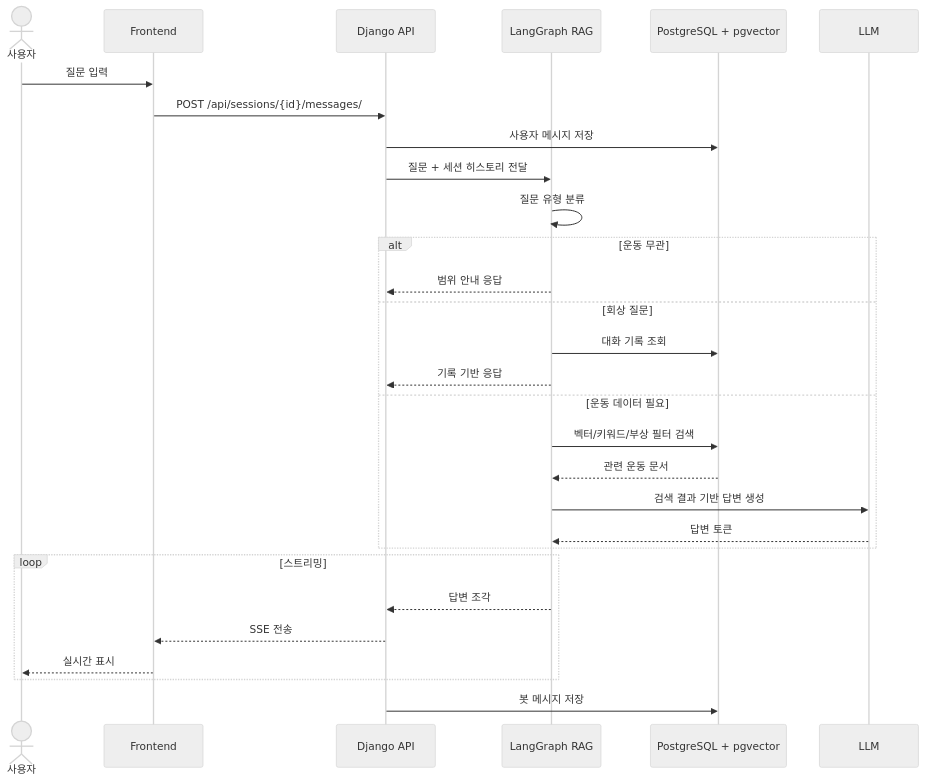
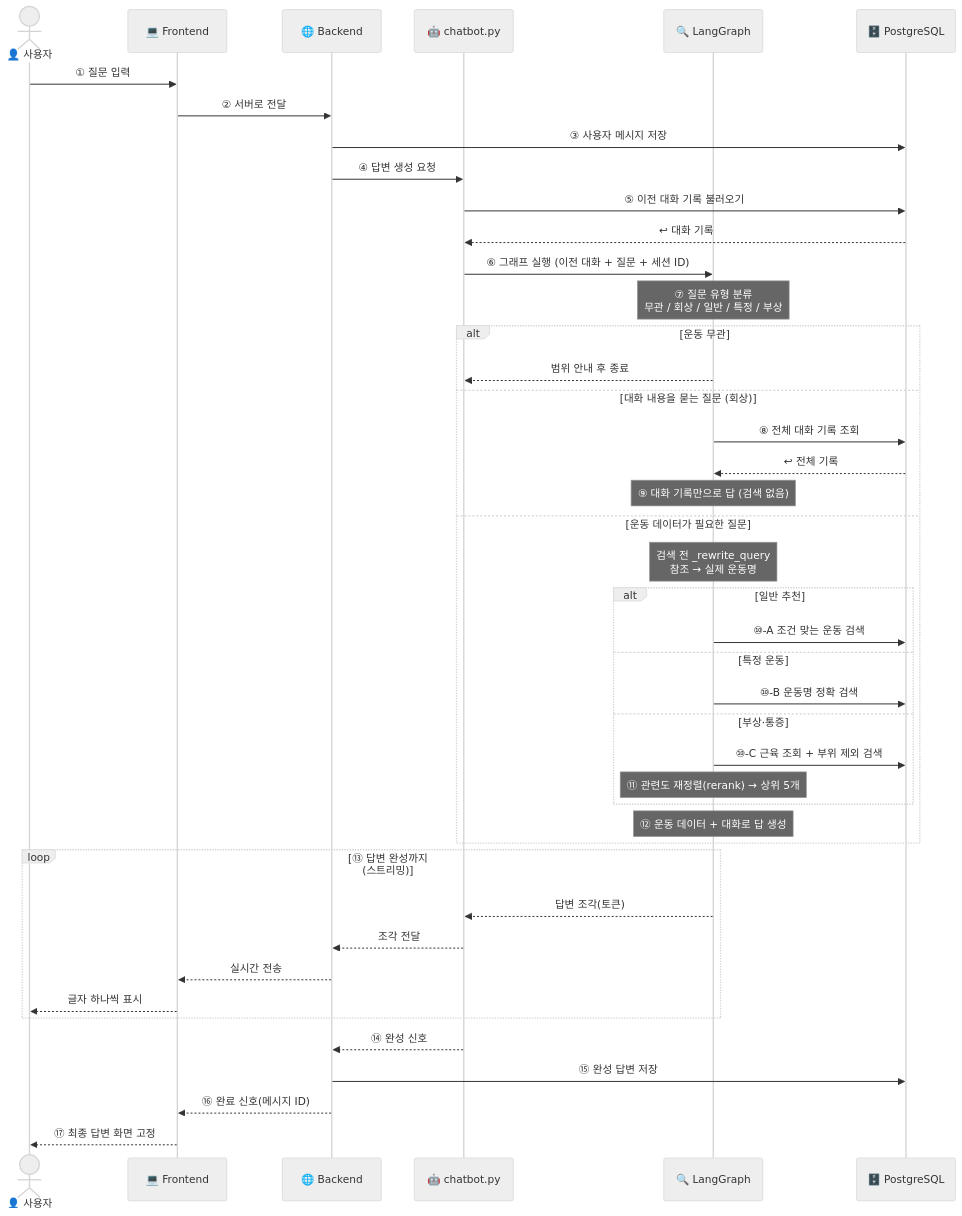
Before and after one commit to SKNETWORKS-FAMILY-AICAMP/SKN27-4th-4team: the first of 2 diagrams in docs/architecture/sequence-diagram.md, drawn with Mermaid (neutral theme). The commit also changed 4 other files, not shown here.

````diff
--- a/docs/architecture/sequence-diagram.md
+++ b/docs/architecture/sequence-diagram.md
@@ -5,35 +5,50 @@
 ```mermaid
 sequenceDiagram
-    actor User as 사용자
-    participant FE as Frontend
-    participant API as Django API
-    participant Graph as LangGraph RAG
-    participant DB as PostgreSQL + pgvector
-    participant LLM as LLM
+    actor User as 👤 사용자
+    participant FE as 💻 Frontend
+    participant View as 🌐 Backend
+    participant CB as 🤖 chatbot.py
+    participant Graph as 🔍 LangGraph
+    participant DB as 🗄️ PostgreSQL
 
-    User->>FE: 질문 입력
-    FE->>API: POST /api/sessions/{id}/messages/
-    API->>DB: 사용자 메시지 저장
-    API->>Graph: 질문 + 세션 히스토리 전달
-    Graph->>Graph: 질문 유형 분류
+    User->>FE: ① 질문 입력
+    FE->>View: ② 서버로 전달
+    View->>DB: ③ 사용자 메시지 저장
+    View->>CB: ④ 답변 생성 요청
+    CB->>DB: ⑤ 이전 대화 기록 불러오기
+    DB-->>CB: ↩ 대화 기록
+    CB->>Graph: ⑥ 그래프 실행 (이전 대화 + 질문 + 세션 ID)
+
+    Note over Graph: ⑦ 질문 유형 분류<br/>무관 / 회상 / 일반 / 특정 / 부상
 
     alt 운동 무관
-        Graph-->>API: 범위 안내 응답
-    else 회상 질문
-        Graph->>DB: 대화 기록 조회
-        Graph-->>API: 기록 기반 응답
-    else 운동 데이터 필요
-        Graph->>DB: 벡터/키워드/부상 필터 검색
-        DB-->>Graph: 관련 운동 문서
-        Graph->>LLM: 검색 결과 기반 답변 생성
-        LLM-->>Graph: 답변 토큰
+        Graph-->>CB: 범위 안내 후 종료
+    else 대화 내용을 묻는 질문 (회상)
+        Graph->>DB: ⑧ 전체 대화 기록 조회
+        DB-->>Graph: ↩ 전체 기록
+        Note over Graph: ⑨ 대화 기록만으로 답 (검색 없음)
+    else 운동 데이터가 필요한 질문
+        Note over Graph: 검색 전 _rewrite_query<br/>참조 → 실제 운동명
+        alt 일반 추천
+            Graph->>DB: ⑩-A 조건 맞는 운동 검색
+        else 특정 운동
+            Graph->>DB: ⑩-B 운동명 정확 검색
+        else 부상·통증
+            Graph->>DB: ⑩-C 근육 조회 + 부위 제외 검색
+            Note over Graph: ⑪ 관련도 재정렬(rerank) → 상위 5개
+        end
+        Note over Graph: ⑫ 운동 데이터 + 대화로 답 생성
     end
 
-    loop 스트리밍
-        Graph-->>API: 답변 조각
-        API-->>FE: SSE 전송
-        FE-->>User: 실시간 표시
+    loop ⑬ 답변 완성까지 (스트리밍)
+        Graph-->>CB: 답변 조각(토큰)
+        CB-->>View: 조각 전달
+        View-->>FE: 실시간 전송
+        FE-->>User: 글자 하나씩 표시
     end
 
-    API->>DB: 봇 메시지 저장
+    CB-->>View: ⑭ 완성 신호
+    View->>DB: ⑮ 완성 답변 저장
+    View-->>FE: ⑯ 완료 신호(메시지 ID)
+    FE-->>User: ⑰ 최종 답변 화면 고정
 ```
````
